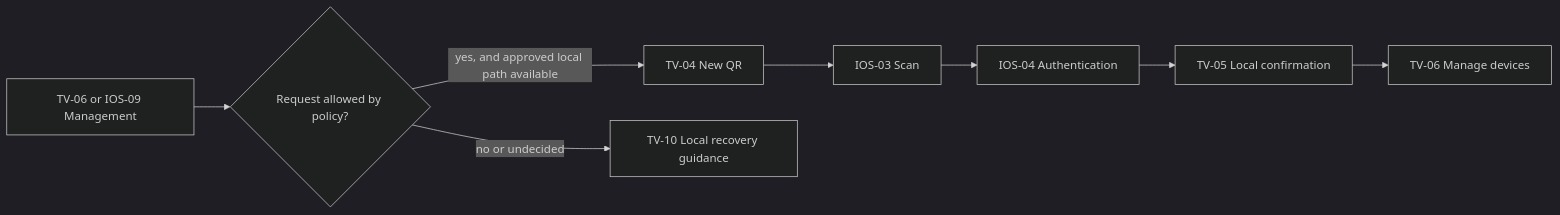
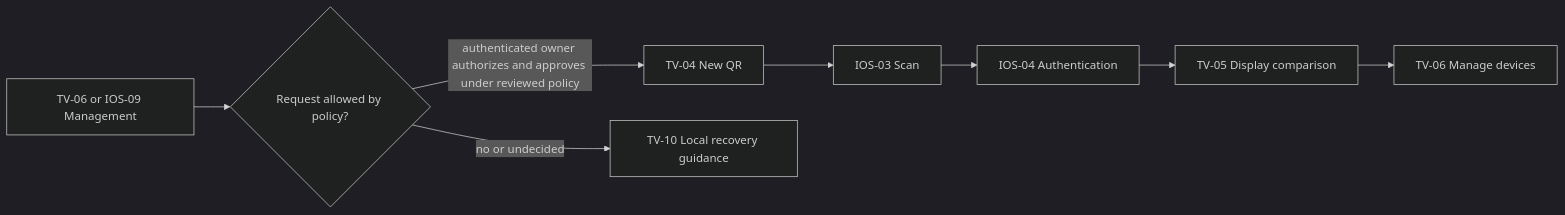
One commit to zckyachmd/pi-tv changed the sixth of 9 diagrams in docs/design/UX_FLOWS.md. Above: the diagram before and after it, drawn with Mermaid (dark theme). The commit also changed other lines of this file and 318 other files, not shown here.

````diff
--- a/docs/design/UX_FLOWS.md
+++ b/docs/design/UX_FLOWS.md
@@ -70,8 +70,8 @@
 ```mermaid
 flowchart LR
  A[TV-06 or IOS-09 Management] --> B{Request allowed by policy?}
- B -->|yes, and approved local path available| C[TV-04 New QR]
+ B -->|authenticated owner authorizes and approves under reviewed policy| C[TV-04 New QR]
  B -->|no or undecided| D[TV-10 Local recovery guidance]
- C --> E[IOS-03 Scan] --> F[IOS-04 Authentication] --> G[TV-05 Local confirmation]
+ C --> E[IOS-03 Scan] --> F[IOS-04 Authentication] --> G[TV-05 Display comparison]
  G --> H[TV-06 Manage devices]
 ```
````
